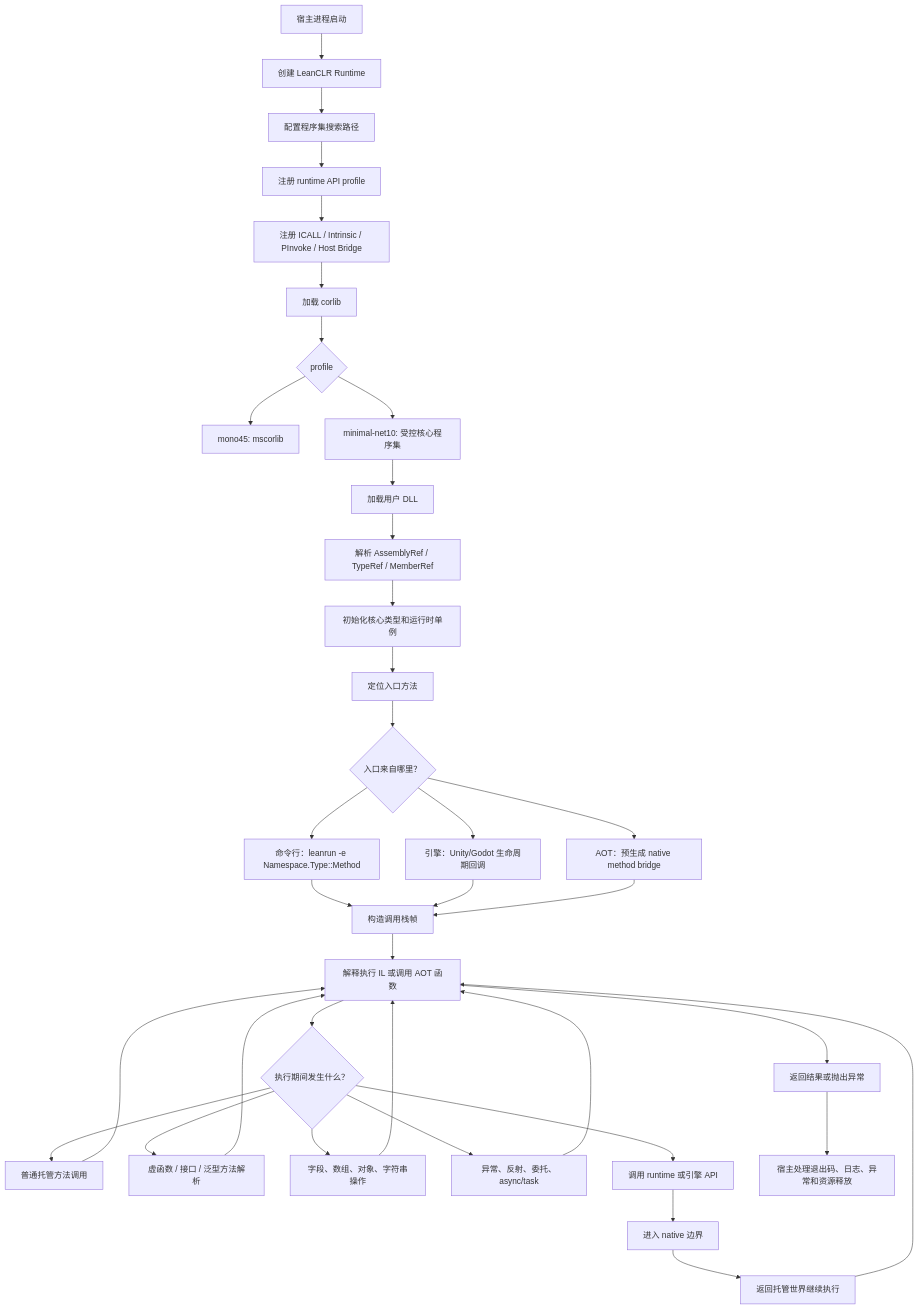
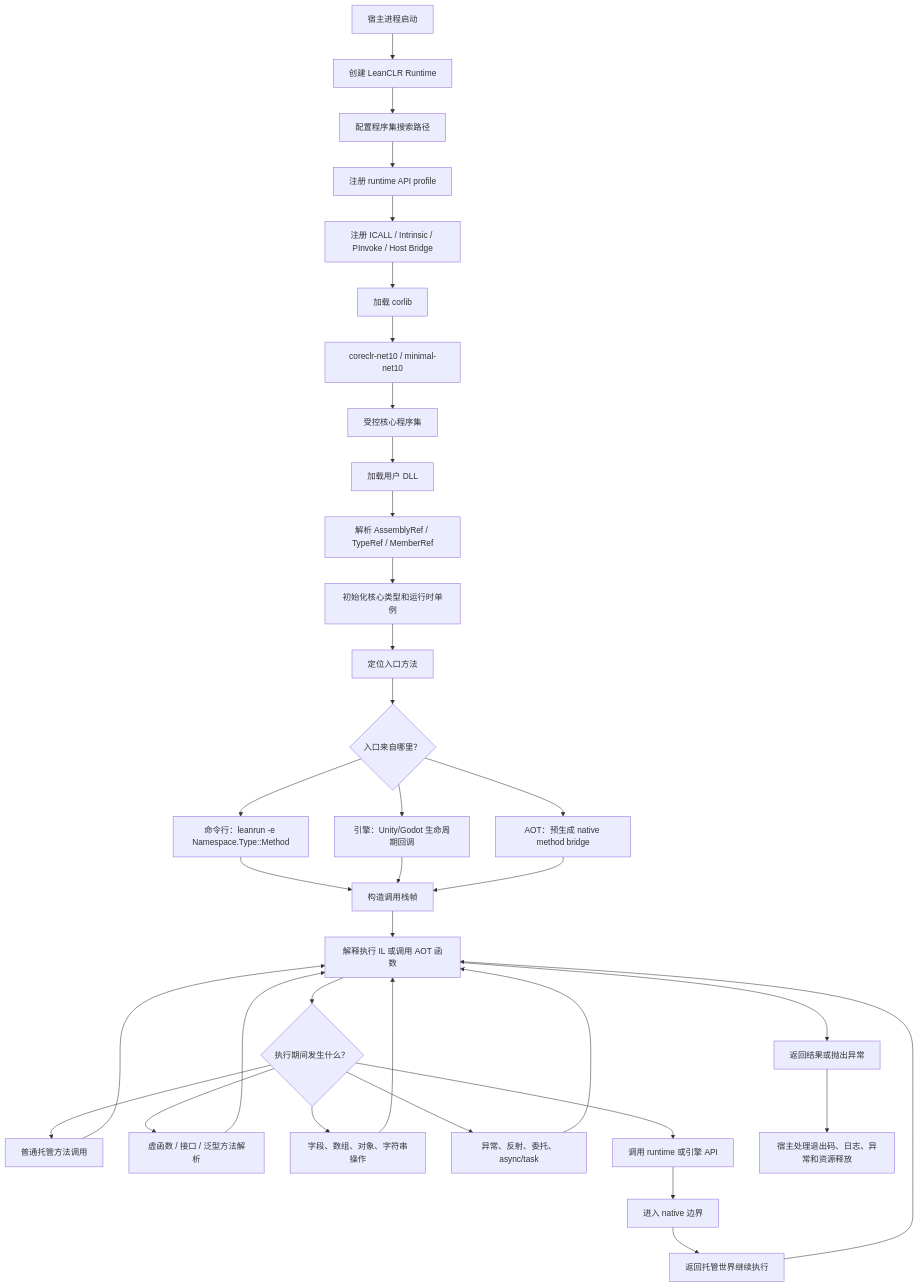
One commit to wqaetly/leanclr changed the second of 8 diagrams in docs/dotnet10-runtime-and-engine-integration.md. Above: the diagram before and after it, drawn with Mermaid. The commit also changed other lines of this file and 405 other files, not shown here.

First line of the commit message:
清理 Mono profile 遗留资产

````diff
--- a/docs/dotnet10-runtime-and-engine-integration.md
+++ b/docs/dotnet10-runtime-and-engine-integration.md
@@ -94,44 +93,43 @@
 ```mermaid
 flowchart TD
     A["宿主进程启动"] --> B["创建 LeanCLR Runtime"]
     B --> C["配置程序集搜索路径"]
     C --> D["注册 runtime API profile"]
     D --> E["注册 ICALL / Intrinsic / PInvoke / Host Bridge"]
     E --> F["加载 corlib"]
 
-    F --> G{"profile"}
-    G --> G1["mono45: mscorlib"]
-    G --> G2["minimal-net10: 受控核心程序集"]
+    F --> G["coreclr-net10 / minimal-net10"]
+    G --> G2["受控核心程序集"]
 
     G2 --> H["加载用户 DLL"]
     H --> I["解析 AssemblyRef / TypeRef / MemberRef"]
     I --> J["初始化核心类型和运行时单例"]
     J --> K["定位入口方法"]
     K --> L{"入口来自哪里？"}
 
     L --> L1["命令行：leanrun -e Namespace.Type::Method"]
     L --> L2["引擎：Unity/Godot 生命周期回调"]
     L --> L3["AOT：预生成 native method bridge"]
 
     L1 --> M["构造调用栈帧"]
     L2 --> M
     L3 --> M
 
     M --> N["解释执行 IL 或调用 AOT 函数"]
     N --> O{"执行期间发生什么？"}
     O --> O1["普通托管方法调用"]
     O --> O2["虚函数 / 接口 / 泛型方法解析"]
     O --> O3["字段、数组、对象、字符串操作"]
     O --> O4["异常、反射、委托、async/task"]
     O --> O5["调用 runtime 或引擎 API"]
 
     O1 --> N
     O2 --> N
     O3 --> N
     O4 --> N
     O5 --> P["进入 native 边界"]
     P --> Q["返回托管世界继续执行"]
     Q --> N
     N --> R["返回结果或抛出异常"]
     R --> S["宿主处理退出码、日志、异常和资源释放"]
 ```
````
